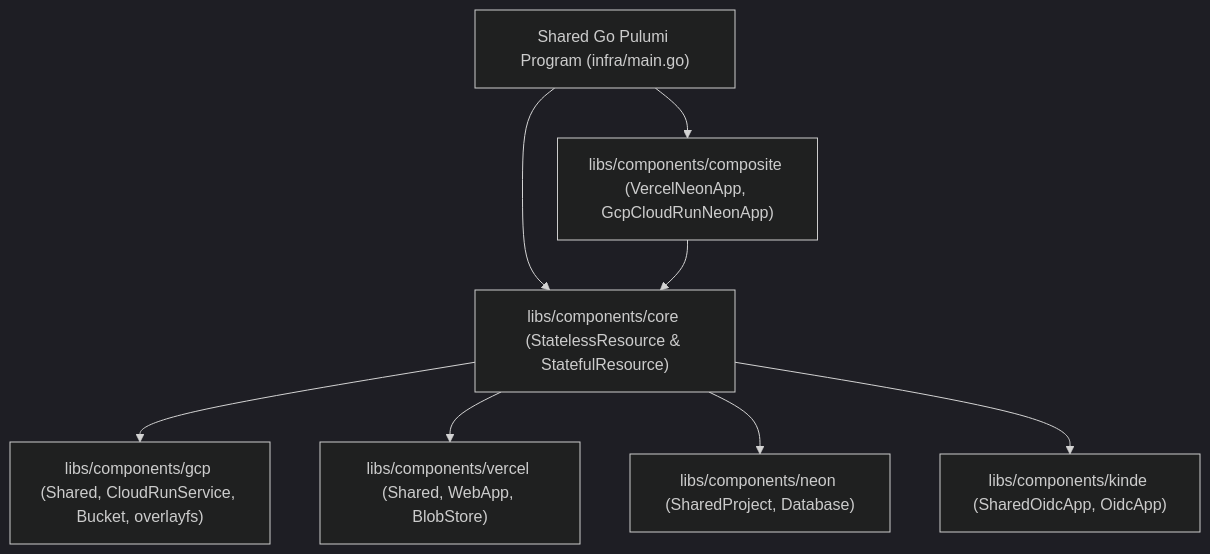
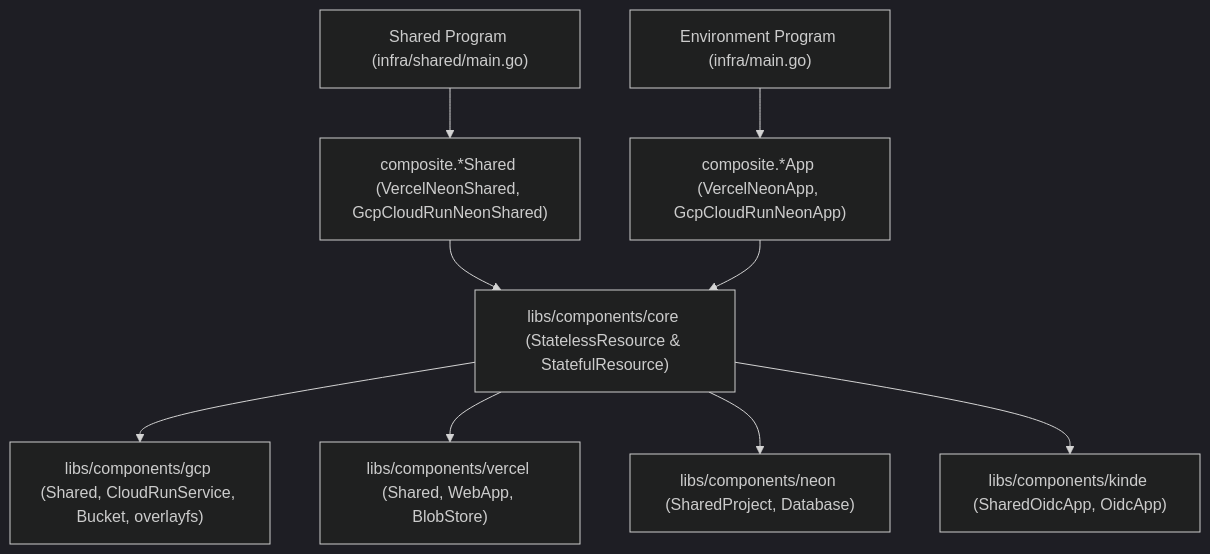
The diagram in README.md (cloudvoyant/openbase), drawn with Mermaid (dark theme) before and after one commit. The commit also changed other lines of this file and 34 other files, not shown here.

Commit message:
feat(composite): split shared and env blueprints in Premise layout

````diff
--- a/README.md
+++ b/README.md
@@ -5,10 +5,11 @@
 ```mermaid
 flowchart TD
-    Program["Shared Go Pulumi Program (infra/main.go)"] --> Composite["libs/components/composite (VercelNeonApp, GcpCloudRunNeonApp)"]
-    Program --> Core["libs/components/core (StatelessResource & StatefulResource)"]
-    Composite --> Core
+    SharedProg["Shared Program (infra/shared/main.go)"] --> SharedComp["composite.*Shared (VercelNeonShared, GcpCloudRunNeonShared)"]
+    EnvProg["Environment Program (infra/main.go)"] --> AppComp["composite.*App (VercelNeonApp, GcpCloudRunNeonApp)"]
+    SharedComp --> Core["libs/components/core (StatelessResource & StatefulResource)"]
+    AppComp --> Core
     Core --> GCP["libs/components/gcp (Shared, CloudRunService, Bucket, overlayfs)"]
     Core --> Vercel["libs/components/vercel (Shared, WebApp, BlobStore)"]
     Core --> Neon["libs/components/neon (SharedProject, Database)"]
     Core --> Kinde["libs/components/kinde (SharedOidcApp, OidcApp)"]
 ```
````
